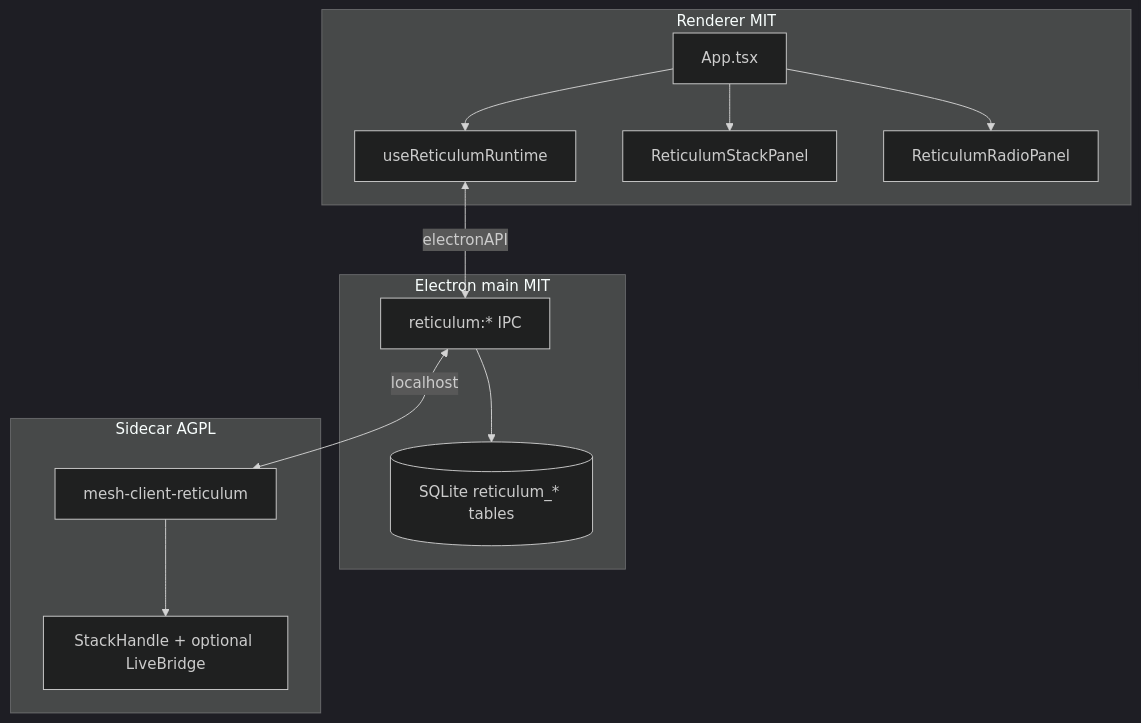
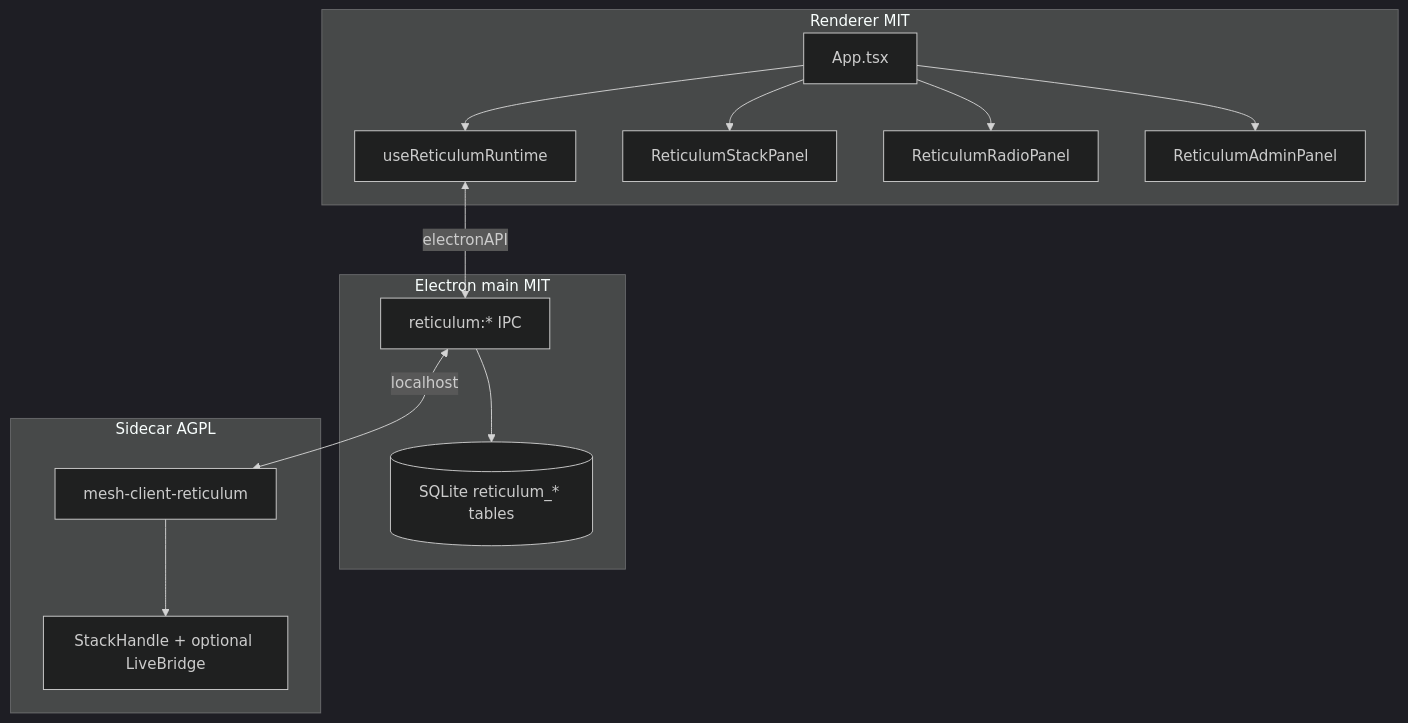
Before and after one commit to Colorado-Mesh/mesh-client: the diagram in docs/reticulum.md, drawn with Mermaid (dark theme). The commit also changed other lines of this file and 35 other files, not shown here.

````diff
--- a/docs/reticulum.md
+++ b/docs/reticulum.md
@@ -11,24 +11,26 @@
 ```mermaid
 flowchart TB
   subgraph ui [Renderer MIT]
     App[App.tsx]
     RT[useReticulumRuntime]
     Stack[ReticulumStackPanel]
     Radio[ReticulumRadioPanel]
+    Admin[ReticulumAdminPanel]
     App --> RT
     App --> Stack
     App --> Radio
+    App --> Admin
   end
   subgraph main [Electron main MIT]
     IPC[reticulum:* IPC]
     DB[(SQLite reticulum_* tables)]
     IPC --> DB
   end
   subgraph rust [Sidecar AGPL]
     Daemon[mesh-client-reticulum]
     StackH[StackHandle + optional LiveBridge]
     Daemon --> StackH
   end
   RT <-->|electronAPI| IPC
   IPC <-->|localhost| Daemon
 ```
````
